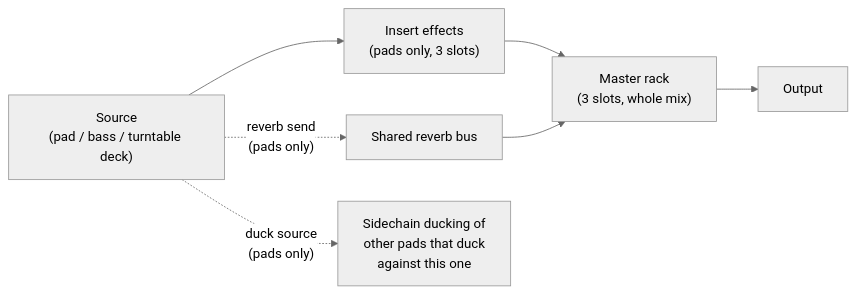
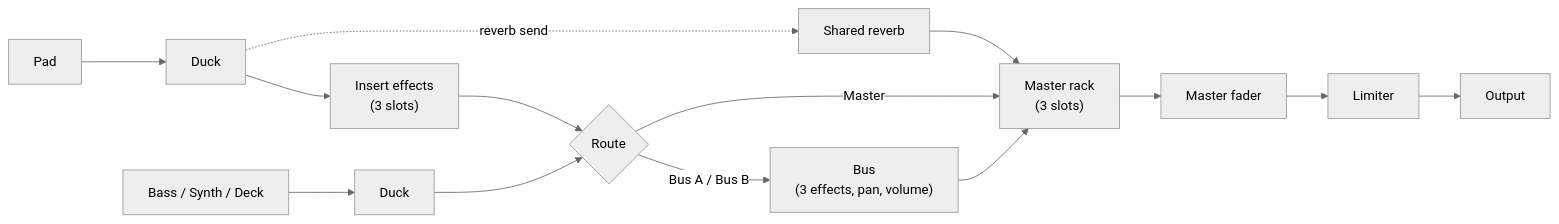
The diagram in docs/usage/modules/mixer/mixer-tab.md (edensfrequency/boom-bap-producer-pads), drawn with Mermaid (neutral theme) before and after one commit. The commit also changed other lines of this file and 59 other files, not shown here.

````diff
--- a/docs/usage/modules/mixer/mixer-tab.md
+++ b/docs/usage/modules/mixer/mixer-tab.md
@@ -23,8 +25,9 @@
 ```mermaid
 flowchart LR
-    S["Source\n(pad / bass / turntable deck)"] --> I["Insert effects\n(pads only, 3 slots)"]
-    I --> M["Master rack\n(3 slots, whole mix)"]
-    M --> O["Output"]
-    S -. "reverb send\n(pads only)" .-> RV["Shared reverb bus"] --> M
-    S -. "duck source\n(pads only)" .-> D["Sidechain ducking of\nother pads that duck\nagainst this one"]
+    P["Pad"] --> PD["Duck"] --> PI["Insert effects\n(3 slots)"] --> R{"Route"}
+    PD -. "reverb send" .-> RV["Shared reverb"] --> M
+    S["Bass / Synth / Deck"] --> SD["Duck"] --> R
+    R -- "Master" --> M["Master rack\n(3 slots)"]
+    R -- "Bus A / Bus B" --> B["Bus\n(3 effects, pan, volume)"] --> M
+    M --> V["Master fader"] --> L["Limiter"] --> O["Output"]
 ```
````
